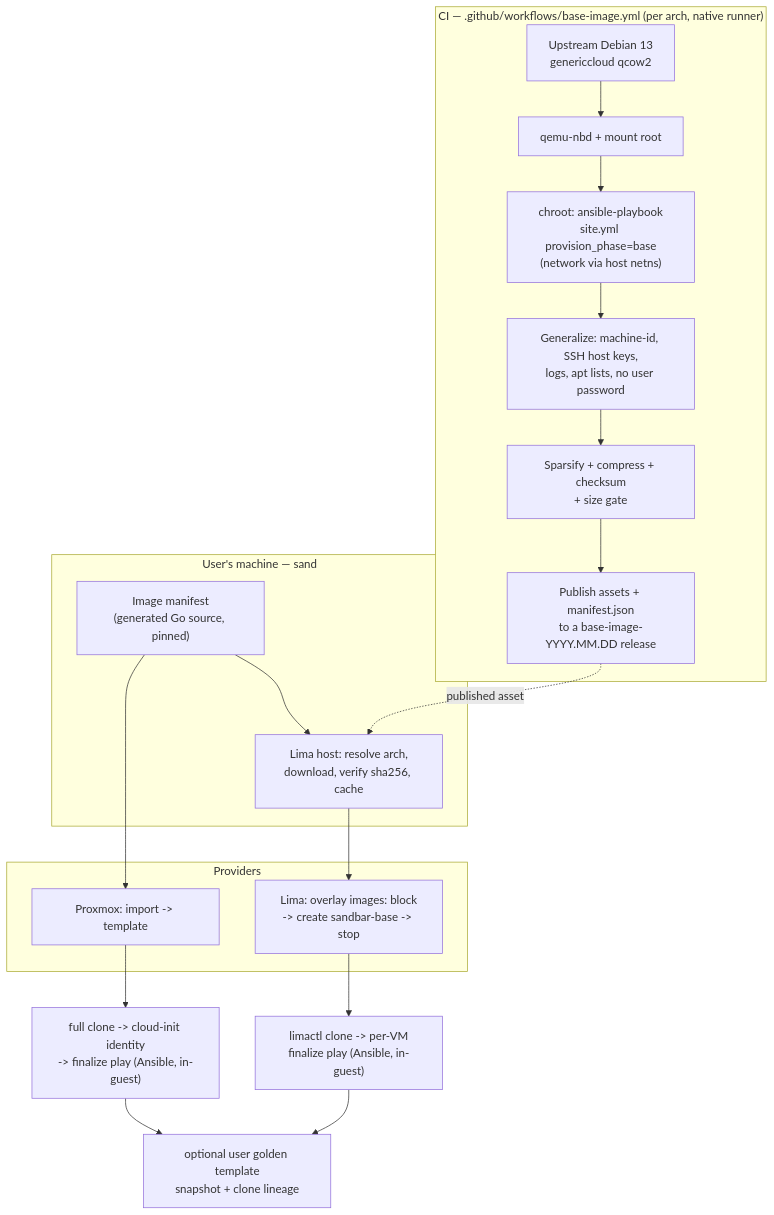
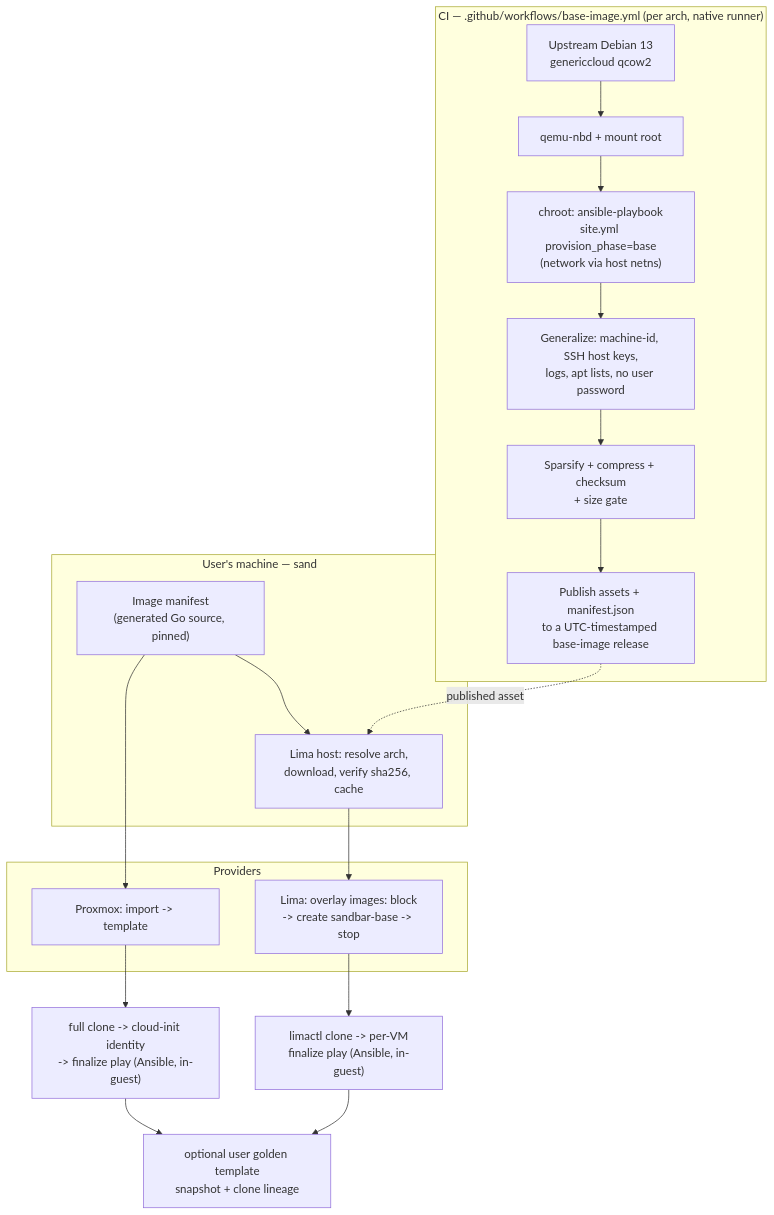
Before and after one commit to Lullabot/sandbar: the first of 2 diagrams in .ai/strikethroo/plans/22--baked-base-images/plan-22--baked-base-images.md, drawn with Mermaid. The commit also changed other lines of this file and 5 other files, not shown here.

Commit message:
ci: timestamp base image release tags

````diff
--- a/.ai/strikethroo/plans/22--baked-base-images/plan-22--baked-base-images.md
+++ b/.ai/strikethroo/plans/22--baked-base-images/plan-22--baked-base-images.md
@@ -68,31 +68,31 @@
 ```mermaid
 flowchart TB
     subgraph CI["CI — .github/workflows/base-image.yml (per arch, native runner)"]
         U[Upstream Debian 13<br/>genericcloud qcow2]
         N[qemu-nbd + mount root]
         A["chroot: ansible-playbook<br/>site.yml provision_phase=base<br/>(network via host netns)"]
         G[Generalize: machine-id, SSH host keys,<br/>logs, apt lists, no user password]
         C[Sparsify + compress + checksum<br/>+ size gate]
-        M[Publish assets + manifest.json<br/>to a base-image-YYYY.MM.DD release]
+        M[Publish assets + manifest.json<br/>to a UTC-timestamped base-image release]
         U --> N --> A --> G --> C --> M
     end
 
     subgraph Host["User's machine — sand"]
         R["Image manifest<br/>(generated Go source, pinned)"]
         D["Lima host: resolve arch,<br/>download, verify sha256, cache"]
         R --> D
     end
 
     subgraph Providers
         L["Lima: overlay images: block<br/>-> create sandbar-base -> stop"]
         P["Proxmox: import -> template"]
     end
 
     M -.published asset.-> D
     D --> L
     R --> P
     L --> CL["limactl clone -> per-VM<br/>finalize play (Ansible, in-guest)"]
     P --> CP["full clone -> cloud-init identity<br/>-> finalize play (Ansible, in-guest)"]
     CL --> GT["optional user golden template<br/>snapshot + clone lineage"]
     CP --> GT
 ```
````
